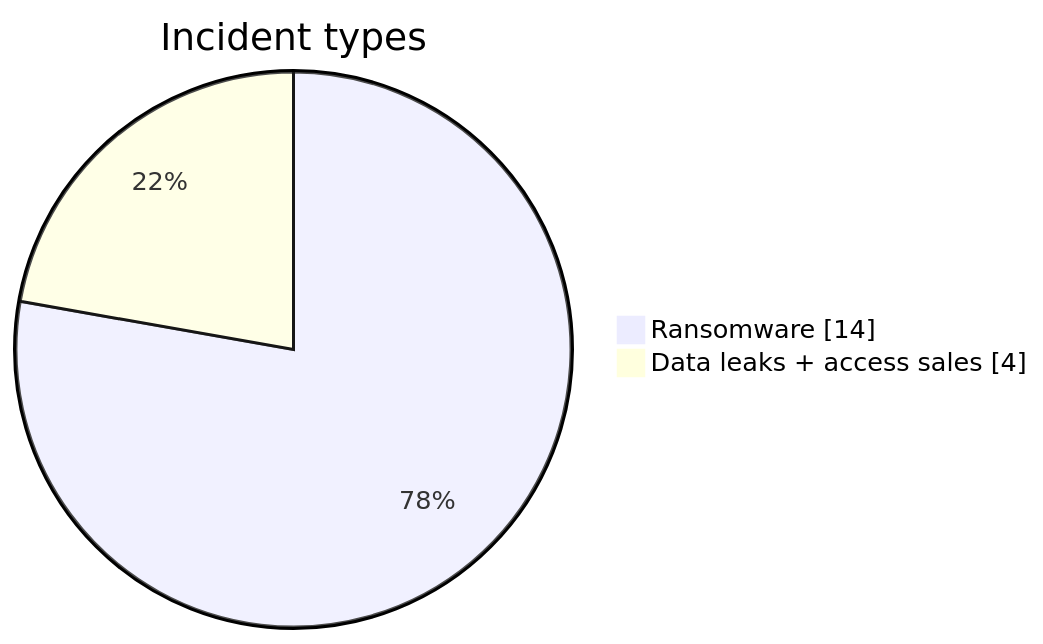
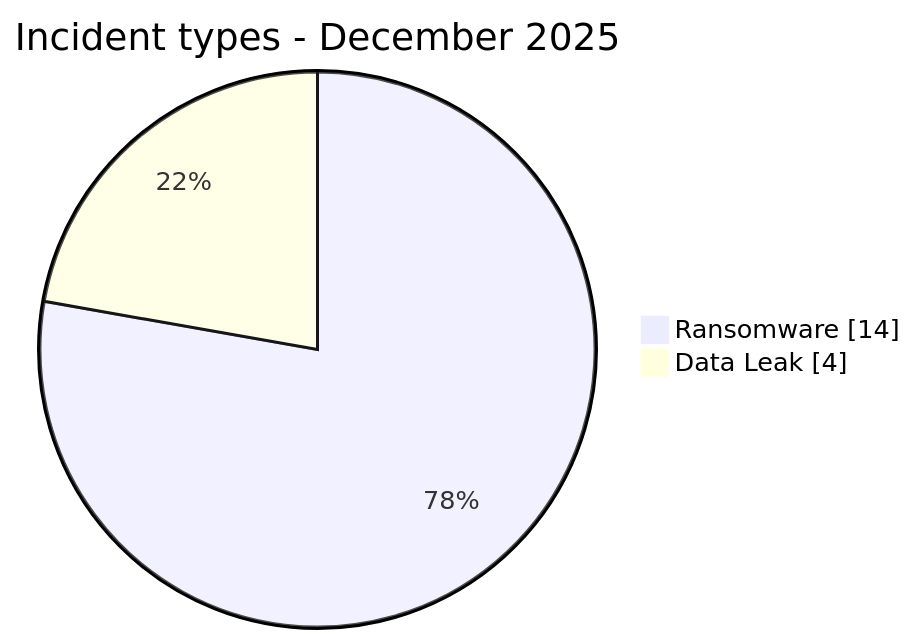
One commit to Hatchepsoute/AFRINTEL changed the first of 3 diagrams in CyberAttackAfrica/2025/12-december/README.md. Above: the diagram before and after it, drawn with Mermaid. The commit also changed other lines of this file and 35 other files, not shown here.

````diff
--- a/CyberAttackAfrica/2025/12-december/README.md
+++ b/CyberAttackAfrica/2025/12-december/README.md
@@ -133,6 +73,6 @@
 ```mermaid
 pie showData
-    title Incident types
+    title Incident types - December 2025
     "Ransomware" : 14
-    "Data leaks + access sales" : 4
+    "Data Leak" : 4
 ```
````
